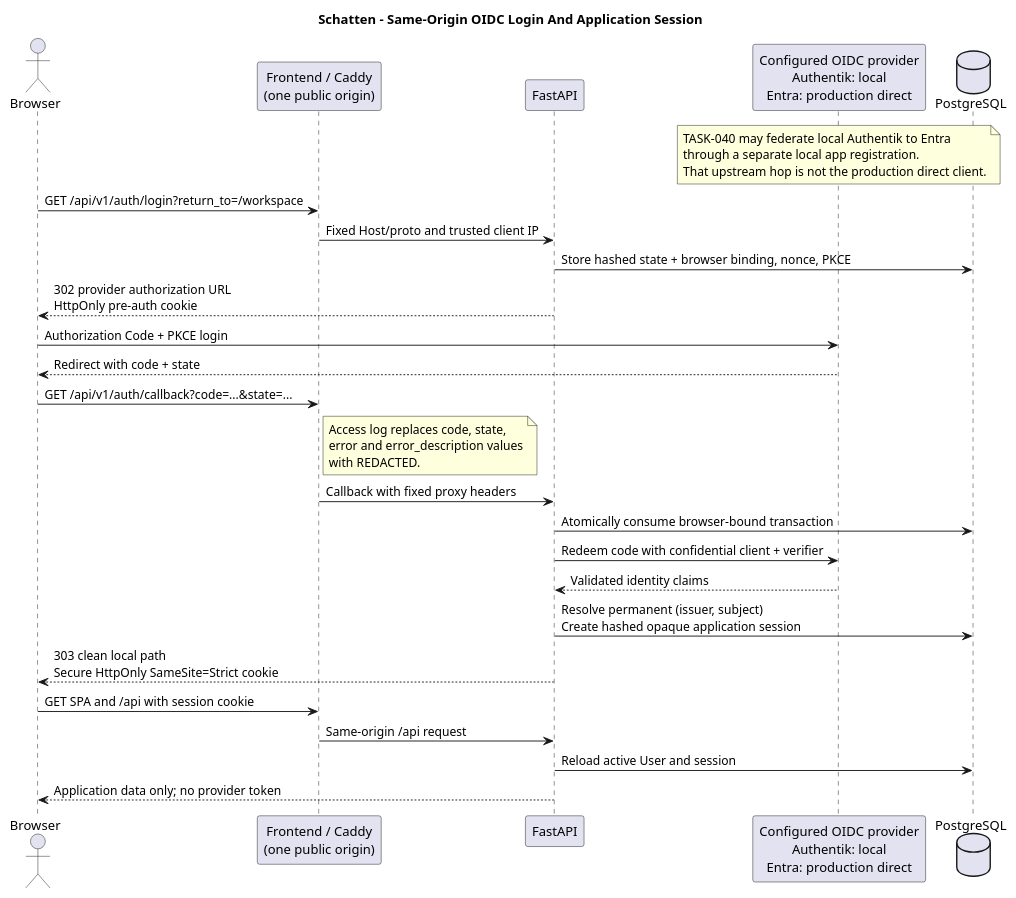
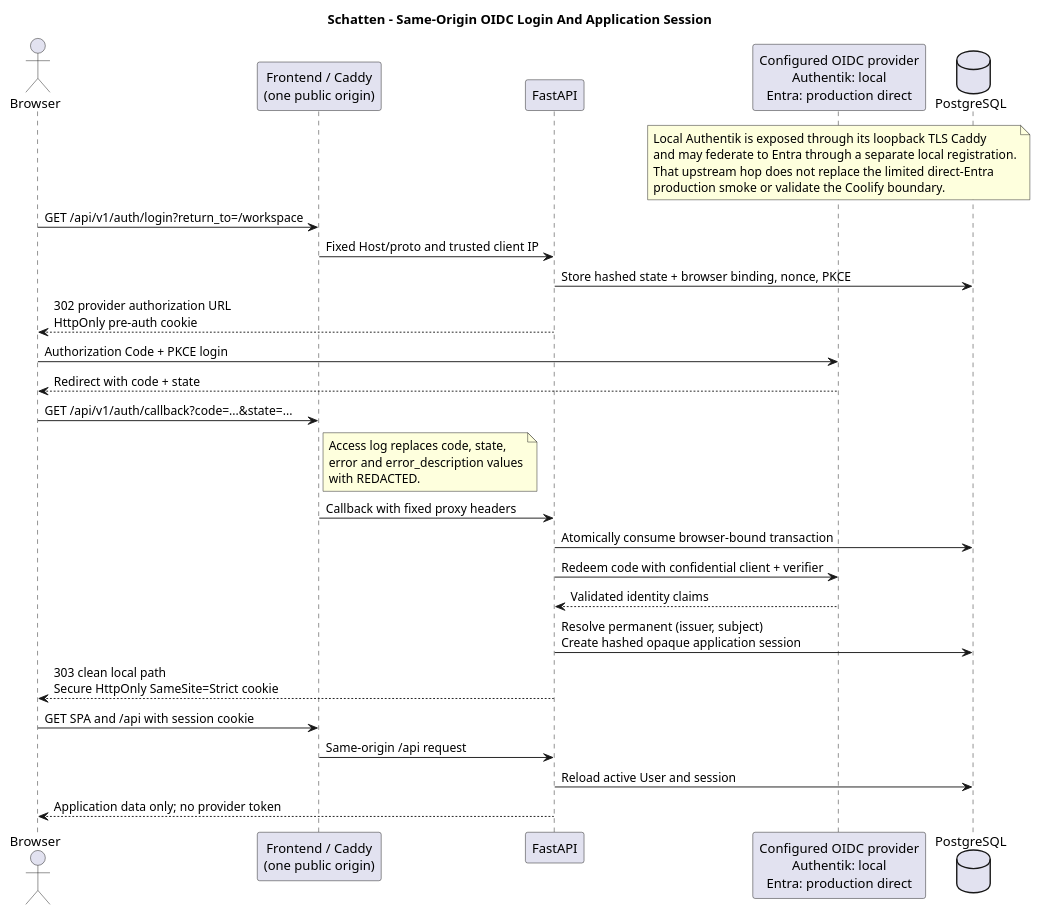
The diagram in docs/diagrams/sequence-oidc-login.puml (lupaus-eu/shadow), drawn with PlantUML before and after one commit. The commit also changed 32 other files, not shown here.

First line of the commit message:
Feature/task 040 local authentik entra federation (#54)

```diff
--- a/docs/diagrams/sequence-oidc-login.puml
+++ b/docs/diagrams/sequence-oidc-login.puml
@@ -1,39 +1,40 @@
 @startuml
 title Schatten - Same-Origin OIDC Login And Application Session
 
 actor Browser
 participant "Frontend / Caddy\n(one public origin)" as Caddy
 participant "FastAPI" as API
 participant "Configured OIDC provider\nAuthentik: local\nEntra: production direct" as Provider
 database PostgreSQL as DB
 
 note over Provider
-  TASK-040 may federate local Authentik to Entra
-  through a separate local app registration.
-  That upstream hop is not the production direct client.
+  Local Authentik is exposed through its loopback TLS Caddy
+  and may federate to Entra through a separate local registration.
+  That upstream hop does not replace the limited direct-Entra
+  production smoke or validate the Coolify boundary.
 end note
 
 Browser -> Caddy : GET /api/v1/auth/login?return_to=/workspace
 Caddy -> API : Fixed Host/proto and trusted client IP
 API -> DB : Store hashed state + browser binding, nonce, PKCE
 API --> Browser : 302 provider authorization URL\nHttpOnly pre-auth cookie
 Browser -> Provider : Authorization Code + PKCE login
 Provider --> Browser : Redirect with code + state
 Browser -> Caddy : GET /api/v1/auth/callback?code=...&state=...
 note right of Caddy
   Access log replaces code, state,
   error and error_description values
   with REDACTED.
 end note
 Caddy -> API : Callback with fixed proxy headers
 API -> DB : Atomically consume browser-bound transaction
 API -> Provider : Redeem code with confidential client + verifier
 Provider --> API : Validated identity claims
 API -> DB : Resolve permanent (issuer, subject)\nCreate hashed opaque application session
 API --> Browser : 303 clean local path\nSecure HttpOnly SameSite=Strict cookie
 Browser -> Caddy : GET SPA and /api with session cookie
 Caddy -> API : Same-origin /api request
 API -> DB : Reload active User and session
 API --> Browser : Application data only; no provider token
 
 @enduml
```
